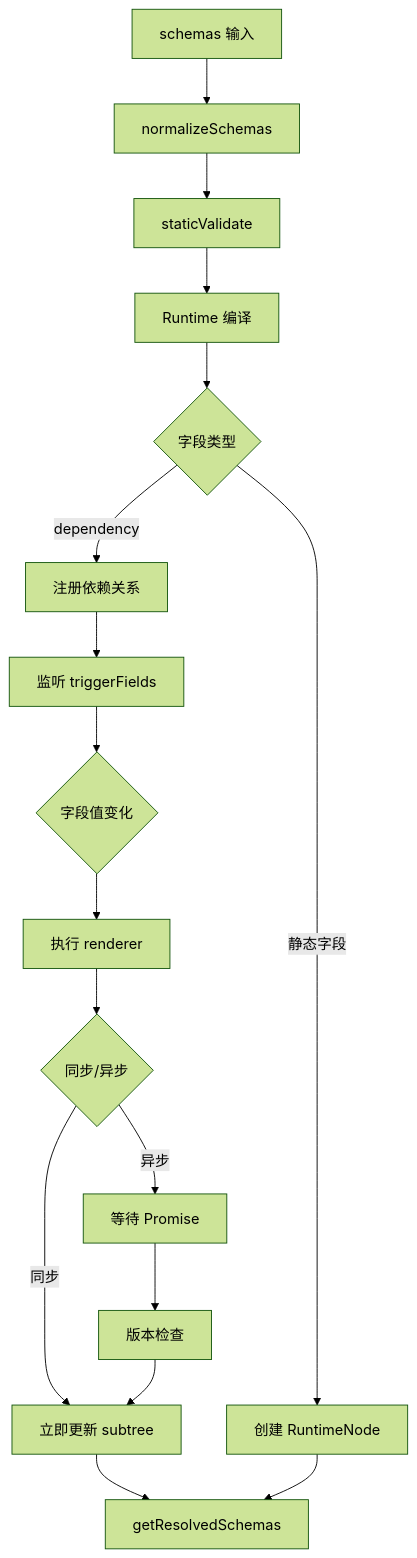
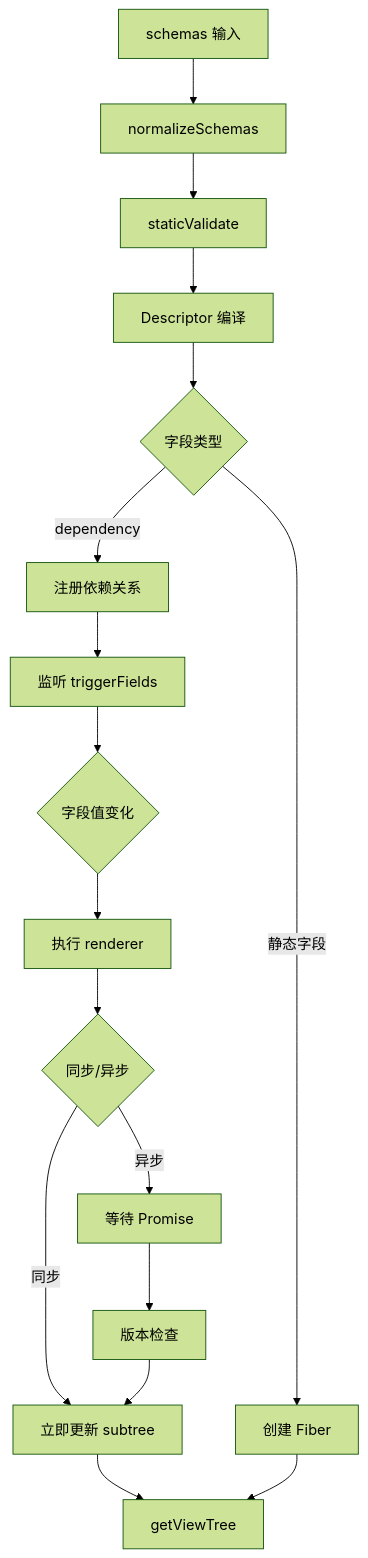
The sixth of 6 diagrams in packages/core/README.md (Jiohon/schemx), drawn with Mermaid (forest theme) before and after one commit. The commit also changed other lines of this file and 144 other files, not shown here.

First line of the commit message:
refactor(core)!: 重构表单运行时 graph 架构

````diff
--- a/packages/core/README.md
+++ b/packages/core/README.md
@@ -573,23 +602,23 @@
 ```mermaid
 flowchart TB
     A[schemas 输入] --> B[normalizeSchemas]
     B --> C[staticValidate]
-    C --> D[Runtime 编译]
+    C --> D[Descriptor 编译]
 
     D --> E{字段类型}
-    E -->|静态字段| F[创建 RuntimeNode]
+    E -->|静态字段| F[创建 Fiber]
     E -->|dependency| G[注册依赖关系]
 
     G --> H[监听 triggerFields]
     H --> I{字段值变化}
     I --> J[执行 renderer]
     J --> K{同步/异步}
 
     K -->|同步| L[立即更新 subtree]
     K -->|异步| M[等待 Promise]
     M --> N[版本检查]
     N --> L
 
-    L --> O[getResolvedSchemas]
+    L --> O[getViewTree]
     F --> O
 ```
````
